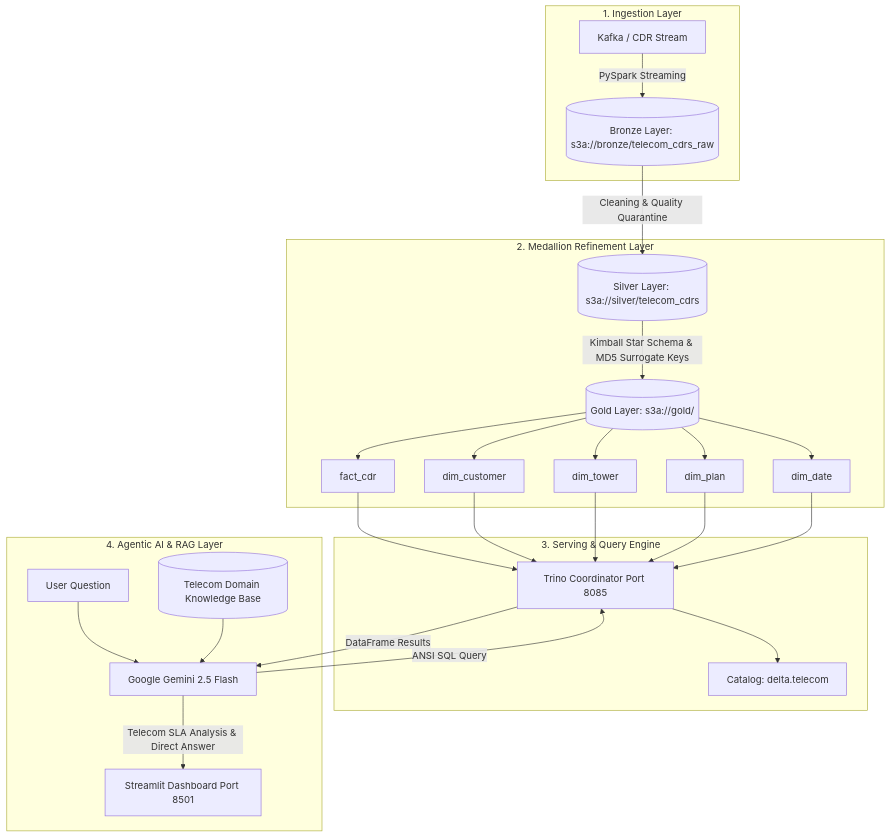
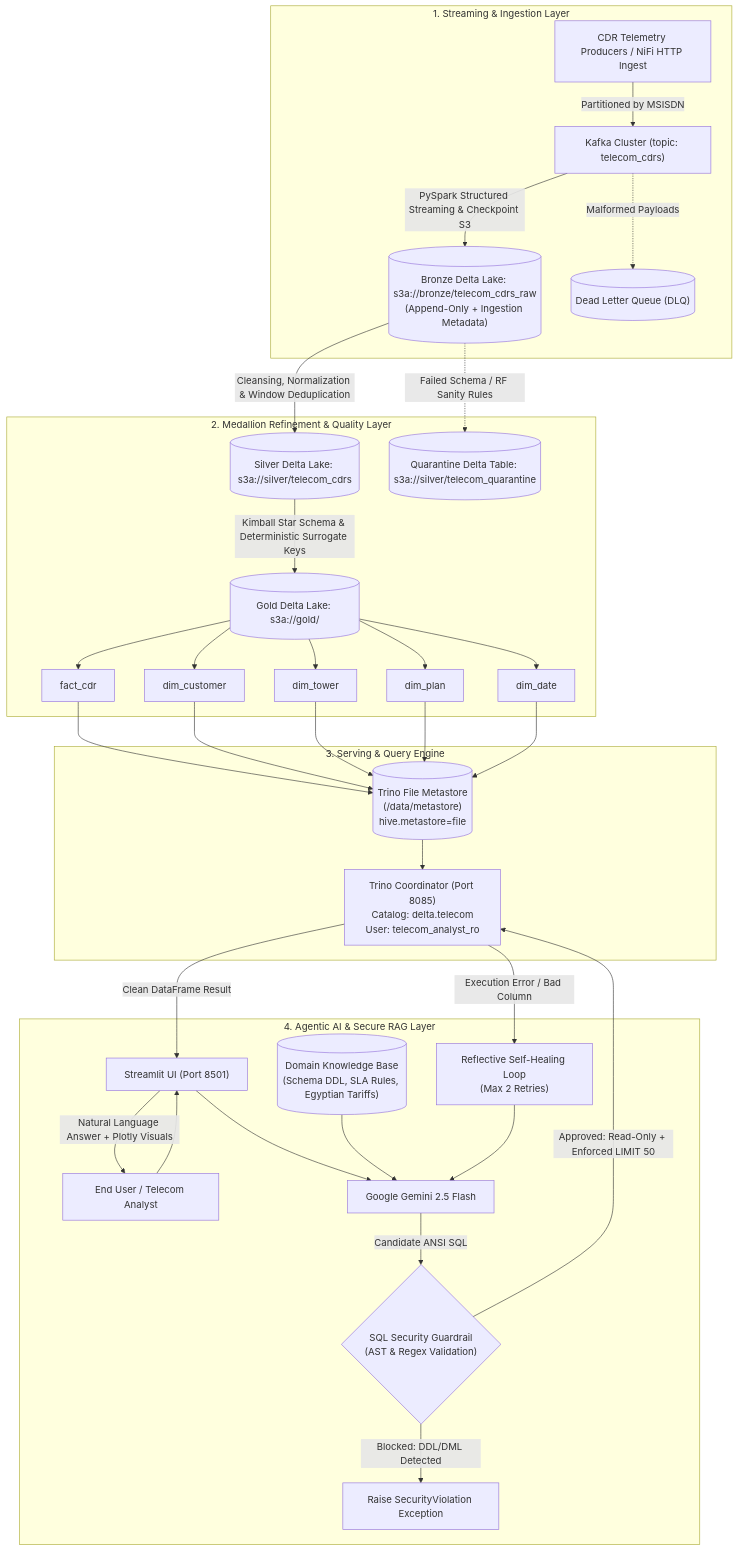
One commit to ahmedelsheikh109/DataMind_Telecom_Lakehouse changed the first of 2 diagrams in docs/architecture.md. Above: the diagram before and after it, drawn with Mermaid. The commit also changed other lines of this file and 3 other files, not shown here.

Commit message:
feat(security & architecture): implement AST SQL guardrails, Trino file metastore topology, and formal benchmarks

````diff
--- a/docs/architecture.md
+++ b/docs/architecture.md
@@ -7,29 +7,37 @@
 ```mermaid
 flowchart TD
-    subgraph Ingestion["1. Ingestion Layer"]
-        K[Kafka / CDR Stream] -->|PySpark Streaming| B[(Bronze Layer: s3a://bronze/telecom_cdrs_raw)]
+    subgraph Ingestion["1. Streaming & Ingestion Layer"]
+        SRC["CDR Telemetry Producers / NiFi HTTP Ingest"] -->|Partitioned by MSISDN| K["Kafka Cluster (topic: telecom_cdrs)"]
+        K -->|PySpark Structured Streaming & Checkpoint S3| B[("Bronze Delta Lake: s3a://bronze/telecom_cdrs_raw\n(Append-Only + Ingestion Metadata)")]
+        K -.->|Malformed Payloads| DLQ[("Dead Letter Queue (DLQ)")]
     end
 
-    subgraph Processing["2. Medallion Refinement Layer"]
-        B -->|Cleaning & Quality Quarantine| S[(Silver Layer: s3a://silver/telecom_cdrs)]
-        S -->|Kimball Star Schema & MD5 Surrogate Keys| G[(Gold Layer: s3a://gold/)]
+    subgraph Processing["2. Medallion Refinement & Quality Layer"]
+        B -->|Cleansing, Normalization & Window Deduplication| S[("Silver Delta Lake: s3a://silver/telecom_cdrs")]
+        B -.->|Failed Schema / RF Sanity Rules| Q[("Quarantine Delta Table: s3a://silver/telecom_quarantine")]
+        S -->|Kimball Star Schema & Deterministic Surrogate Keys| G[("Gold Delta Lake: s3a://gold/")]
         G --> F[fact_cdr]
         G --> C[dim_customer]
         G --> T[dim_tower]
         G --> P[dim_plan]
         G --> D[dim_date]
     end
 
     subgraph Serving["3. Serving & Query Engine"]
-        F & C & T & P & D --> TR[Trino Coordinator Port 8085]
-        TR --> CAT[Catalog: delta.telecom]
+        F & C & T & P & D --> MS[("Trino File Metastore\n(/data/metastore)\nhive.metastore=file")]
+        MS --> TR["Trino Coordinator (Port 8085)\nCatalog: delta.telecom\nUser: telecom_analyst_ro"]
     end
 
-    subgraph AI["4. Agentic AI & RAG Layer"]
-        U[User Question] --> LLM[Google Gemini 2.5 Flash]
-        KB[(Telecom Domain Knowledge Base)] --> LLM
-        LLM -->|ANSI SQL Query| TR
-        TR -->|DataFrame Results| LLM
-        LLM -->|Telecom SLA Analysis & Direct Answer| ST[Streamlit Dashboard Port 8501]
+    subgraph AI["4. Agentic AI & Secure RAG Layer"]
+        U["End User / Telecom Analyst"] --> UI["Streamlit UI (Port 8501)"]
+        UI --> LLM["Google Gemini 2.5 Flash"]
+        KB[("Domain Knowledge Base\n(Schema DDL, SLA Rules, Egyptian Tariffs)")] --> LLM
+        LLM -->|Candidate ANSI SQL| SG{"SQL Security Guardrail\n(AST & Regex Validation)"}
+        SG -->|Blocked: DDL/DML Detected| ERR["Raise SecurityViolation Exception"]
+        SG -->|Approved: Read-Only + Enforced LIMIT 50| TR
+        TR -->|Execution Error / Bad Column| SH["Reflective Self-Healing Loop\n(Max 2 Retries)"]
+        SH --> LLM
+        TR -->|Clean DataFrame Result| UI
+        UI -->|Natural Language Answer + Plotly Visuals| U
     end
 ```
````
